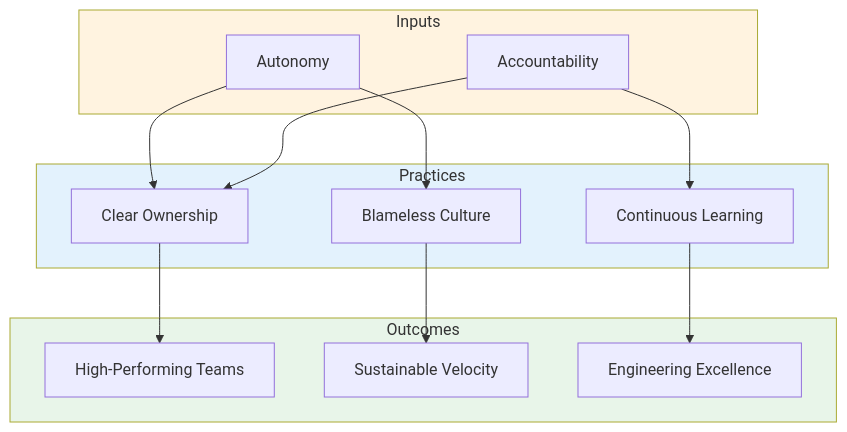
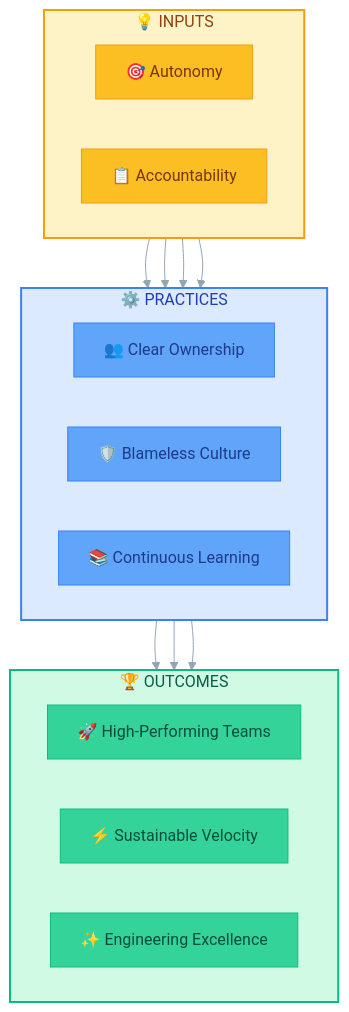
One commit to vadym-shukurov/management-and-culture changed the second of 2 diagrams in README.md. Above: the diagram before and after it, drawn with Mermaid. The commit also changed other lines of this file, not shown here.

First line of the commit message:
Enhance Mermaid diagrams with beautiful styling

````diff
--- a/README.md
+++ b/README.md
@@ -142,31 +167,43 @@
 ```mermaid
+%%{init: {'theme': 'base', 'themeVariables': { 'primaryColor': '#6366f1', 'primaryTextColor': '#fff', 'primaryBorderColor': '#4f46e5', 'lineColor': '#94a3b8', 'secondaryColor': '#f1f5f9', 'tertiaryColor': '#fafafa'}}}%%
 flowchart TB
-    subgraph INPUTS["Inputs"]
-        A[Autonomy]
-        B[Accountability]
+    subgraph INPUTS["💡 INPUTS"]
+        direction LR
+        A["🎯 Autonomy"]
+        B["📋 Accountability"]
     end
     
-    subgraph PRACTICES["Practices"]
-        C[Clear Ownership]
-        D[Blameless Culture]
-        E[Continuous Learning]
+    subgraph PRACTICES["⚙️ PRACTICES"]
+        direction LR
+        C["👥 Clear Ownership"]
+        D["🛡️ Blameless Culture"]
+        E["📚 Continuous Learning"]
     end
     
-    subgraph OUTCOMES["Outcomes"]
-        F[High-Performing Teams]
-        G[Sustainable Velocity]
-        H[Engineering Excellence]
+    subgraph OUTCOMES["🏆 OUTCOMES"]
+        direction LR
+        F["🚀 High-Performing Teams"]
+        G["⚡ Sustainable Velocity"]
+        H["✨ Engineering Excellence"]
     end
     
     A --> C
     A --> D
     B --> C
     B --> E
     C --> F
     D --> G
     E --> H
     
-    style INPUTS fill:#fff3e0
-    style PRACTICES fill:#e3f2fd
-    style OUTCOMES fill:#e8f5e9
+    style INPUTS fill:#fef3c7,stroke:#f59e0b,stroke-width:2px,color:#92400e
+    style PRACTICES fill:#dbeafe,stroke:#3b82f6,stroke-width:2px,color:#1e40af
+    style OUTCOMES fill:#d1fae5,stroke:#10b981,stroke-width:2px,color:#065f46
+    style A fill:#fbbf24,stroke:#f59e0b,color:#78350f
+    style B fill:#fbbf24,stroke:#f59e0b,color:#78350f
+    style C fill:#60a5fa,stroke:#3b82f6,color:#1e3a8a
+    style D fill:#60a5fa,stroke:#3b82f6,color:#1e3a8a
+    style E fill:#60a5fa,stroke:#3b82f6,color:#1e3a8a
+    style F fill:#34d399,stroke:#10b981,color:#064e3b
+    style G fill:#34d399,stroke:#10b981,color:#064e3b
+    style H fill:#34d399,stroke:#10b981,color:#064e3b
 ```
````
